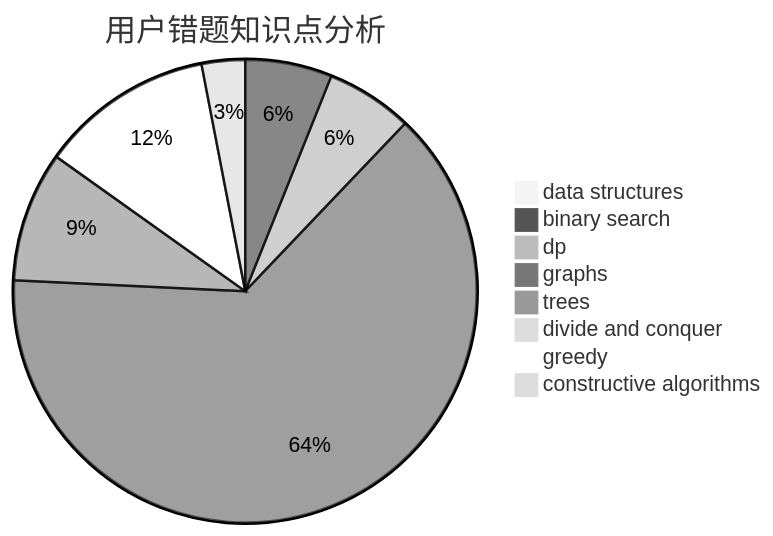
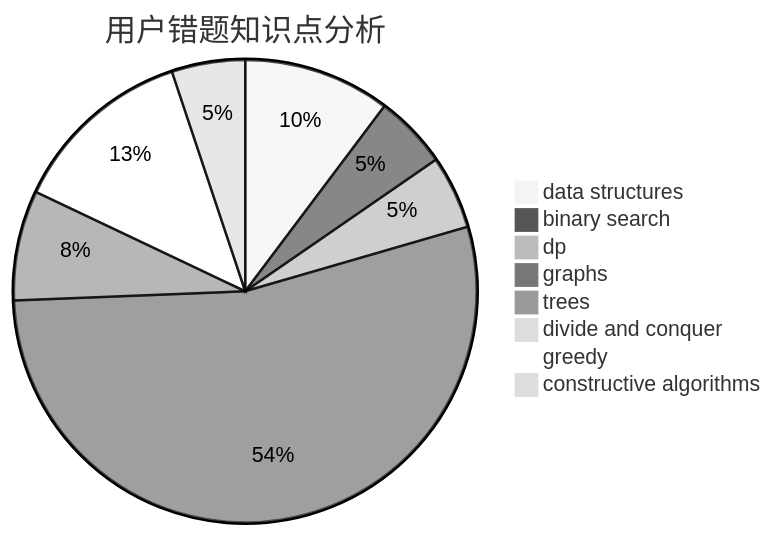
Before and after one commit to sherpahu/cfrs.github.io: the third of 3 diagrams in docs/user/u2479.md, drawn with Mermaid (neutral theme). The commit also changed other lines of this file and 2770 other files, not shown here.

````diff
--- a/docs/user/u2479.md
+++ b/docs/user/u2479.md
@@ -36,11 +36,11 @@
 ```mermaid
 pie title 用户错题知识点分析
-    "data structures" :  0
+    "data structures" :  4
     "binary search" :  2
     "dp" :  2
     "graphs" :  21
     "trees" :  3
     "divide and conquer" :  0
-    "greedy" :  4
-    "constructive algorithms" :  1
+    "greedy" :  5
+    "constructive algorithms" :  2
 ```
````
